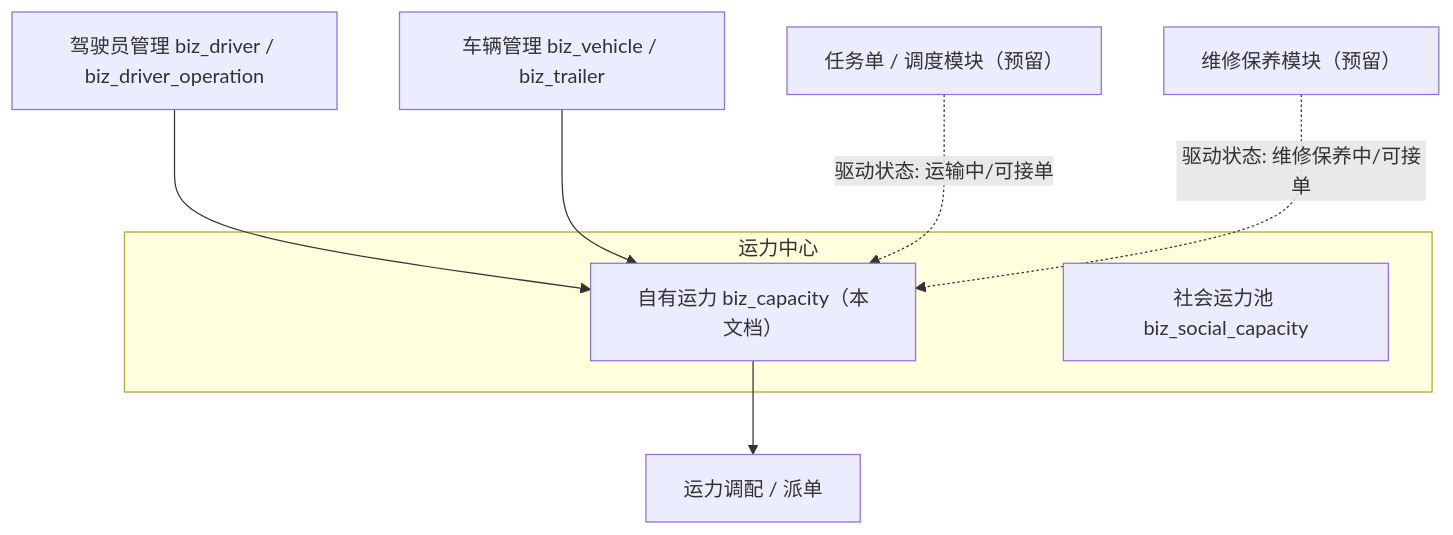
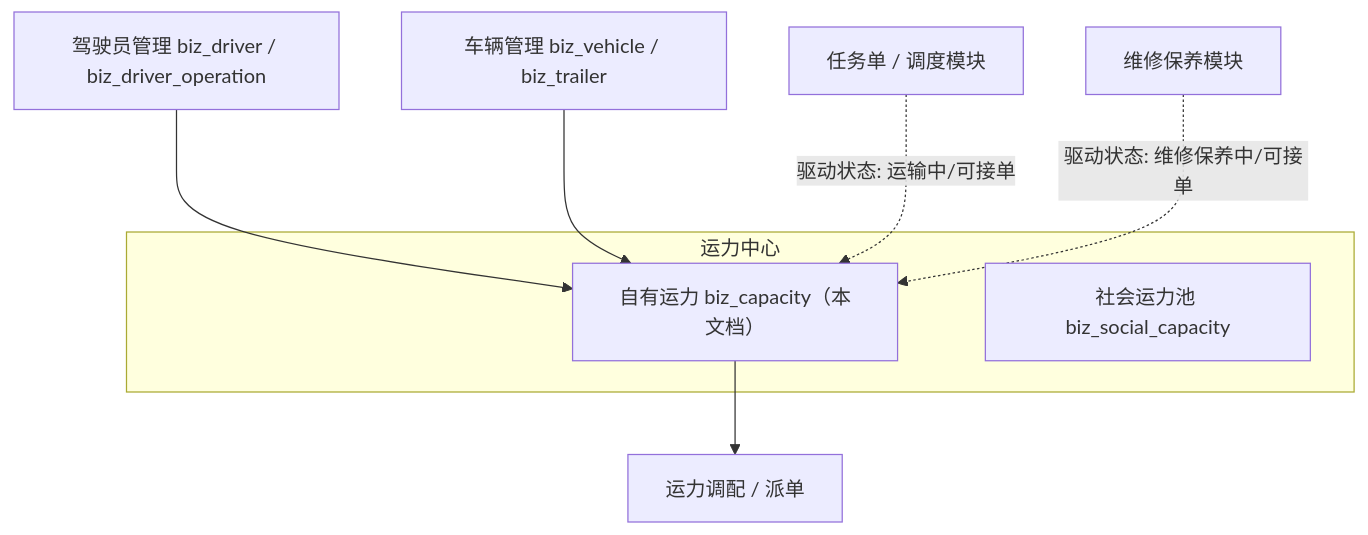
The first of 2 diagrams in doc/02.需求文档/02.企业端/02.资源管理模块/04.运力中心.md (lei-happy/duoling), drawn with Mermaid before and after one commit. The commit also changed other lines of this file and 48 other files, not shown here.

````diff
--- a/doc/02.需求文档/02.企业端/02.资源管理模块/04.运力中心.md
+++ b/doc/02.需求文档/02.企业端/02.资源管理模块/04.运力中心.md
@@ -35,19 +35,19 @@
 ```mermaid
 flowchart TB
     subgraph capacity [运力中心]
         SelfCap["自有运力 biz_capacity（本文档）"]
         SocialCap["社会运力池 biz_social_capacity"]
     end
 
     Driver["驾驶员管理 biz_driver / biz_driver_operation"]
     Vehicle["车辆管理 biz_vehicle / biz_trailer"]
-    Task["任务单 / 调度模块（预留）"]
-    Maint["维修保养模块（预留）"]
+    Task["任务单 / 调度模块"]
+    Maint["维修保养模块"]
     Dispatch["运力调配 / 派单"]
 
     Driver --> SelfCap
     Vehicle --> SelfCap
     SelfCap --> Dispatch
     Task -.驱动状态: 运输中/可接单.-> SelfCap
     Maint -.驱动状态: 维修保养中/可接单.-> SelfCap
 ```
````
